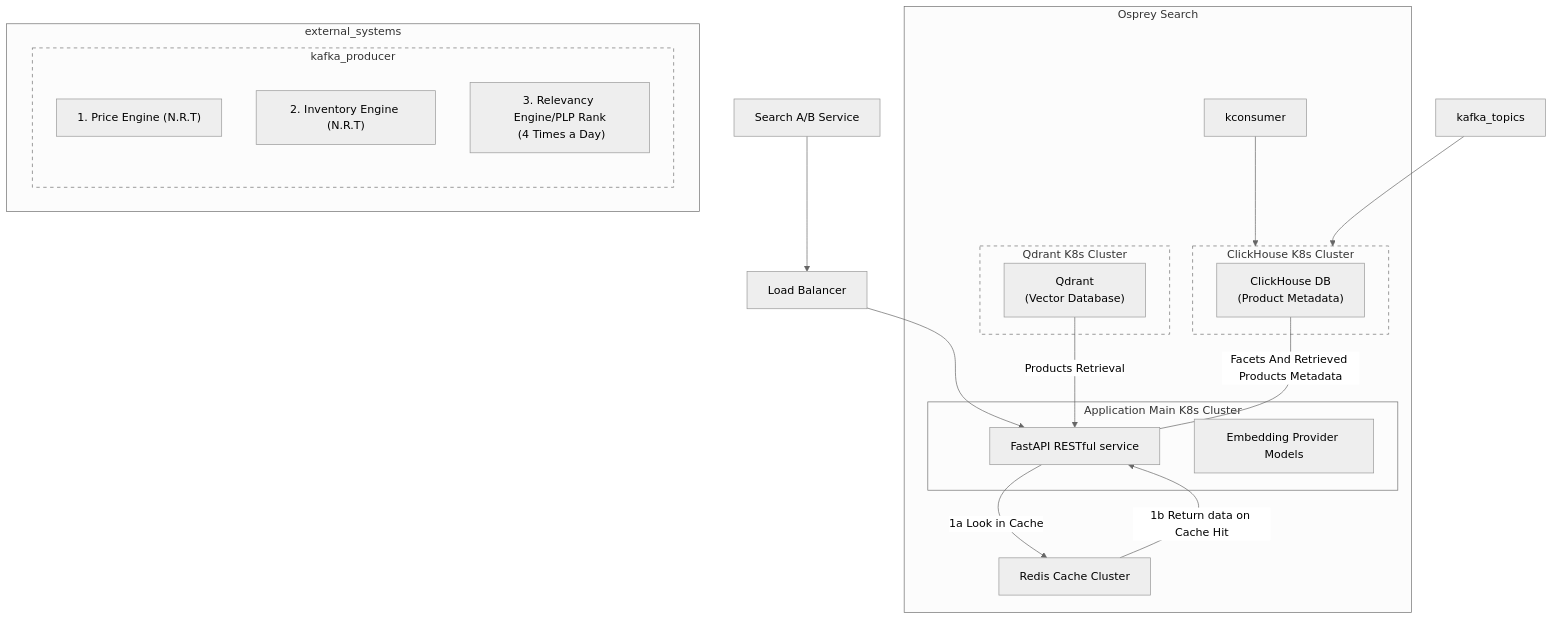
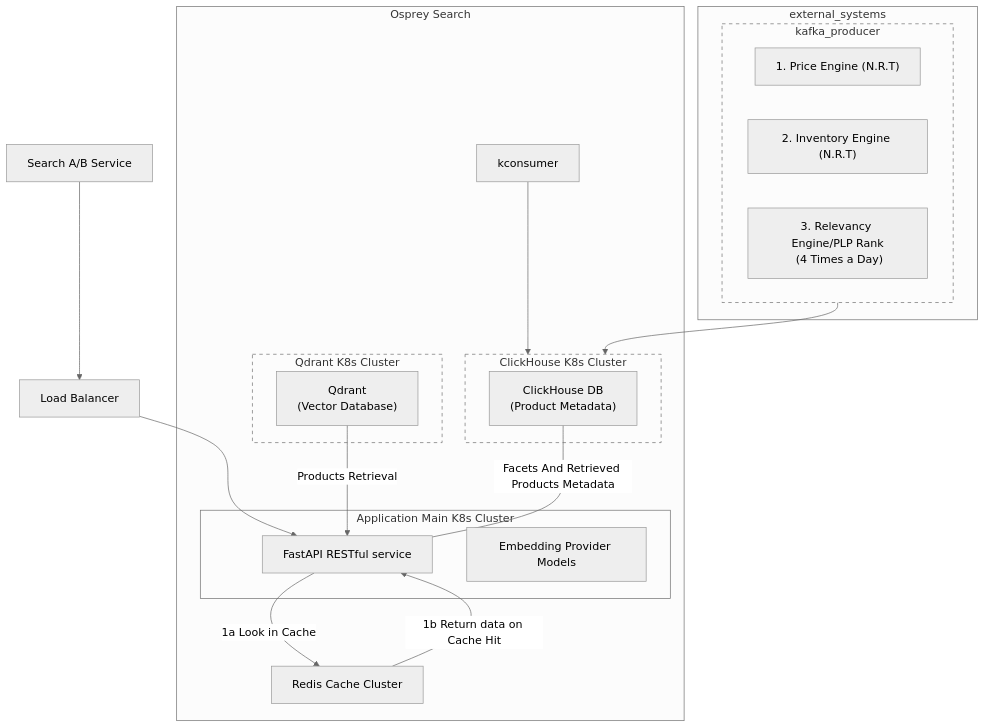
One commit to caiferris/qtact changed the diagram in osprey_search_ARCHITECTURE.md. Above: the diagram before and after it, drawn with Mermaid (neutral theme).

Commit message:
Updated osprey doc

````diff
--- a/osprey_search_ARCHITECTURE.md
+++ b/osprey_search_ARCHITECTURE.md
@@ -44,46 +44,46 @@
 ```mermaid
 graph 
   query["Search A/B Service"]
   load_balancer["Load Balancer"]
   api_server["FastAPI RESTful service"]
   embedding_model["Embedding Provider Models"]
   redis["Redis Cache Cluster"]
   qdrant_vdb["`Qdrant
 (Vector Database)`"]
   clickhouse_cdb["`ClickHouse DB
 (Product Metadata)`"]
   external_systems["External Systems"]
   kafka_producer["Kafka Producer"]
   kafka_topic1["1. Price Engine (N.R.T)"]
   kafka_topic2["2. Inventory Engine (N.R.T)"]
   kafka_topic3["3. Relevancy Engine/PLP Rank\n (4 Times a Day)"]
   query --> load_balancer --> api_server
 subgraph parent_subgraph["Osprey Search"]
   api_server -- 1a Look in Cache --> redis
   redis -- 1b Return data on Cache Hit --> api_server
   subgraph sub_graph_group1["Application Main K8s Cluster"]
     style sub_graph_group1 stroke: 5, 5
     api_server
     embedding_model
   end
   subgraph qdrant_cluster["Qdrant K8s Cluster"]
     style qdrant_cluster stroke-dasharray: 5, 5
     qdrant_vdb -- Products Retrieval --> api_server
   end
   subgraph clickhouse_cluster["ClickHouse K8s Cluster"]
     style clickhouse_cluster stroke-dasharray: 5, 5
     clickhouse_cdb -- Facets And Retrieved Products Metadata --- api_server
   end
   kconsumer --> clickhouse_cluster
 end
 subgraph external_systems
   style external_systems stroke: 5, 5
   subgraph kafka_producer
     style kafka_producer stroke-dasharray: 5, 5
     kafka_topic1
     kafka_topic2
     kafka_topic3
   end
 end
-kafka_topics --> clickhouse_cluster
+kafka_producer --> clickhouse_cluster
 ```
````
